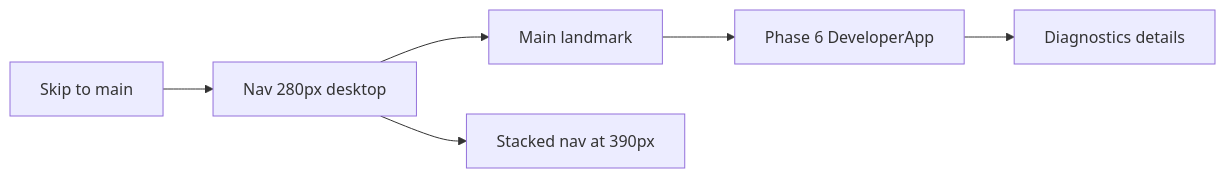
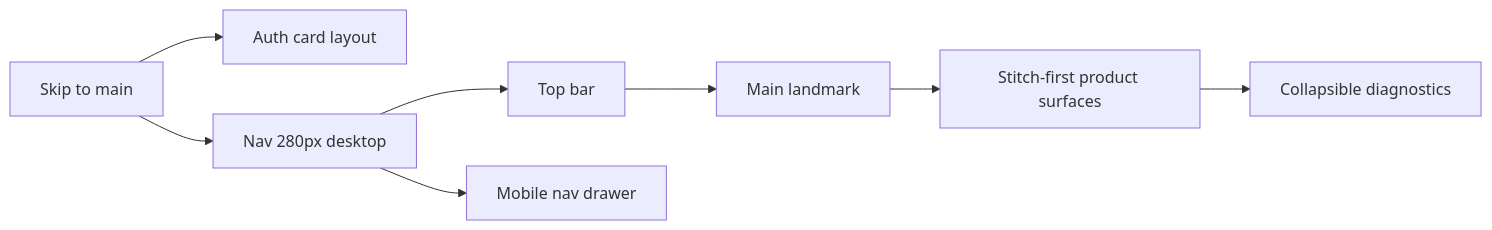
Before and after one commit to Nagdy8888/smart-rag: the diagram in docs/frontend/DESIGN_SYSTEM.md, drawn with Mermaid. The commit also changed other lines of this file and 110 other files, not shown here.

First line of the commit message:
Restore Stitch-first console UX so existing routes match the approved composition.

````diff
--- a/docs/frontend/DESIGN_SYSTEM.md
+++ b/docs/frontend/DESIGN_SYSTEM.md
@@ -71,9 +77,11 @@
 ```mermaid
 flowchart LR
   skip["Skip to main"]
+  skip --> auth["Auth card layout"]
   skip --> nav["Nav 280px desktop"]
-  nav --> main["Main landmark"]
-  nav --> stacked["Stacked nav at 390px"]
-  main --> console["Phase 6 DeveloperApp"]
-  console --> diagnostics["Diagnostics details"]
+  nav --> topbar["Top bar"]
+  topbar --> main["Main landmark"]
+  nav --> drawer["Mobile nav drawer"]
+  main --> product["Stitch-first product surfaces"]
+  product --> diagnostics["Collapsible diagnostics"]
 ```
````
